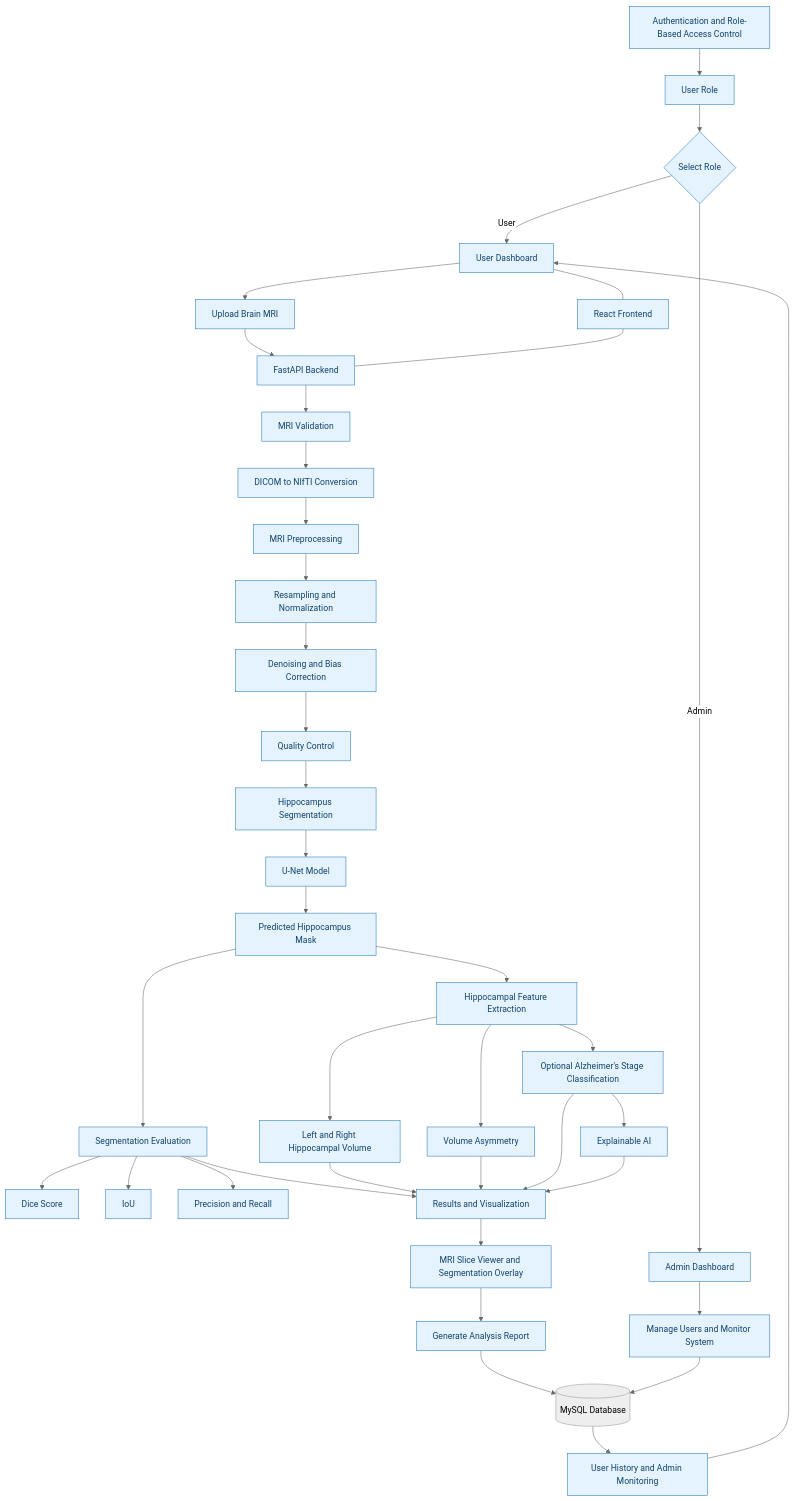
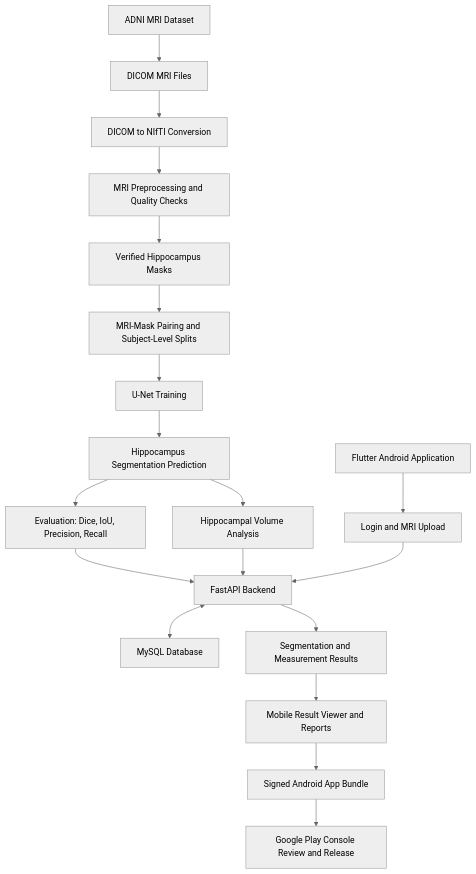
One commit to minnachirakkal775-bot/Alzheimer-Hippocampus-Segmentation changed the diagram in README.md. Above: the diagram before and after it, drawn with Mermaid (neutral theme). The commit also changed other lines of this file, not shown here.

Commit message:
five MRI volumes have been converted and quality-checked, while model training, backend development, Android integration, and Play Store publication remain future tasks

````diff
--- a/README.md
+++ b/README.md
@@ -28,51 +46,21 @@
 ```mermaid
 flowchart TD
-    A["Authentication and Role-Based Access Control"] --> B["User Role"]
-    B --> C{"Select Role"}
-
-    C -->|User| D["User Dashboard"]
-    D --> E["Upload Brain MRI"]
-    E --> F["FastAPI Backend"]
-    F --> G["MRI Validation"]
-    G --> H["DICOM to NIfTI Conversion"]
-    H --> I["MRI Preprocessing"]
-    I --> J["Resampling and Normalization"]
-    J --> K["Denoising and Bias Correction"]
-    K --> L["Quality Control"]
-    L --> M["Hippocampus Segmentation"]
-    M --> N["U-Net Model"]
-    N --> O["Predicted Hippocampus Mask"]
-
-    O --> P["Segmentation Evaluation"]
-    P --> P1["Dice Score"]
-    P --> P2["IoU"]
-    P --> P3["Precision and Recall"]
-
-    O --> Q["Hippocampal Feature Extraction"]
-    Q --> Q1["Left and Right Hippocampal Volume"]
-    Q --> Q2["Volume Asymmetry"]
-    Q --> Q3["Optional Alzheimer's Stage Classification"]
-    Q3 --> Q4["Explainable AI"]
-
-    P --> R["Results and Visualization"]
-    Q1 --> R
-    Q2 --> R
-    Q3 --> R
-    Q4 --> R
-
-    R --> S["MRI Slice Viewer and Segmentation Overlay"]
-    S --> T["Generate Analysis Report"]
-    T --> U[("MySQL Database")]
-    U --> V["User History and Admin Monitoring"]
-    V --> D
-
-    C -->|Admin| W["Admin Dashboard"]
-    W --> X["Manage Users and Monitor System"]
-    X --> U
-
-    D --- Y["React Frontend"]
-    Y --- F
-
-    classDef app fill:#e5f3ff,stroke:#2878b5,color:#12436b,stroke-width:1px;
-    class A,B,C,D,E,F,G,H,I,J,K,L,M,N,O,P,P1,P2,P3,Q,Q1,Q2,Q3,Q4,R,S,T,V,W,X,Y app;
+    A[ADNI MRI Dataset] --> B[DICOM MRI Files]
+    B --> C[DICOM to NIfTI Conversion]
+    C --> D[MRI Preprocessing and Quality Checks]
+    D --> E[Verified Hippocampus Masks]
+    E --> F[MRI-Mask Pairing and Subject-Level Splits]
+    F --> G[U-Net Training]
+    G --> H[Hippocampus Segmentation Prediction]
+    H --> I[Evaluation: Dice, IoU, Precision, Recall]
+    H --> J[Hippocampal Volume Analysis]
+    I --> K[FastAPI Backend]
+    J --> K
+    L[Flutter Android Application] --> M[Login and MRI Upload]
+    M --> K
+    K <--> N[MySQL Database]
+    K --> O[Segmentation and Measurement Results]
+    O --> P[Mobile Result Viewer and Reports]
+    P --> Q[Signed Android App Bundle]
+    Q --> R[Google Play Console Review and Release]
 ```
````
